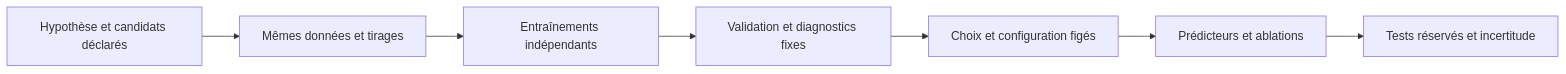
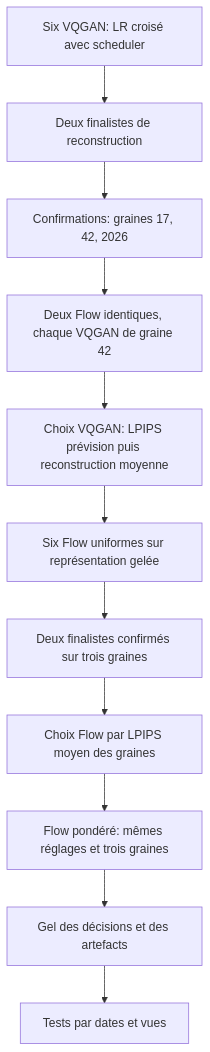
The diagram in doc/TRAINING_DESIGN.md (omdrift/Modelisation-panaches-de-fum-es-industrielles-par-Flow-Matching), drawn with Mermaid before and after one commit. The commit also changed other lines of this file and 32 other files, not shown here.

````diff
--- a/doc/TRAINING_DESIGN.md
+++ b/doc/TRAINING_DESIGN.md
@@ -59,9 +40,13 @@
 ```mermaid
-flowchart LR
-    A[Hypothèse et candidats déclarés] --> B[Mêmes données et tirages]
-    B --> C[Entraînements indépendants]
-    C --> D[Validation et diagnostics fixes]
-    D --> E[Choix et configuration figés]
-    E --> F[Prédicteurs et ablations]
-    F --> G[Tests réservés et incertitude]
+flowchart TD
+    A[Six VQGAN: LR croisé avec scheduler] --> B[Deux finalistes de reconstruction]
+    B --> C[Confirmations: graines 17, 42, 2026]
+    C --> D[Deux Flow identiques, chaque VQGAN de graine 42]
+    D --> E[Choix VQGAN: LPIPS prévision puis reconstruction moyenne]
+    E --> F[Six Flow uniformes sur représentation gelée]
+    F --> G[Deux finalistes confirmés sur trois graines]
+    G --> H[Choix Flow par LPIPS moyen des graines]
+    H --> I[Flow pondéré: mêmes réglages et trois graines]
+    I --> J[Gel des décisions et des artefacts]
+    J --> K[Tests par dates et vues]
 ```
````
